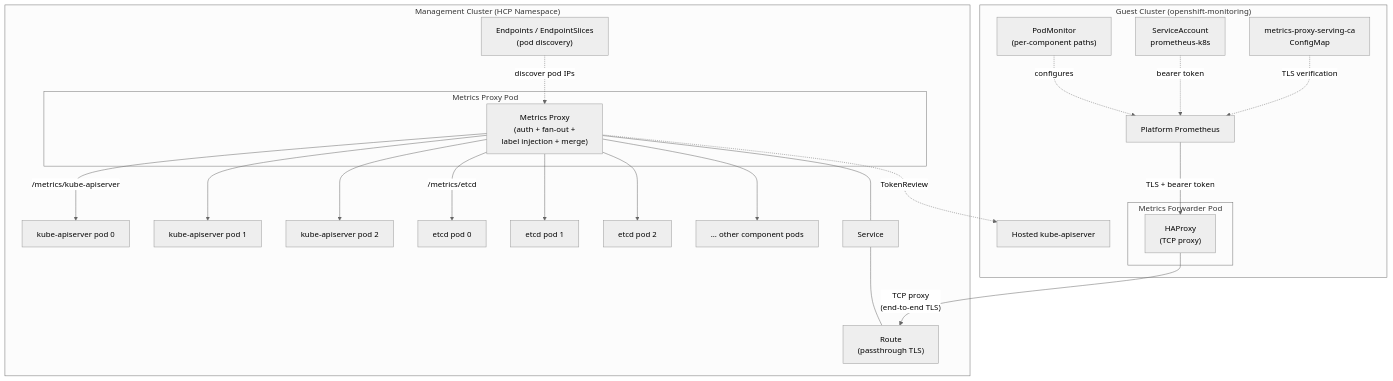
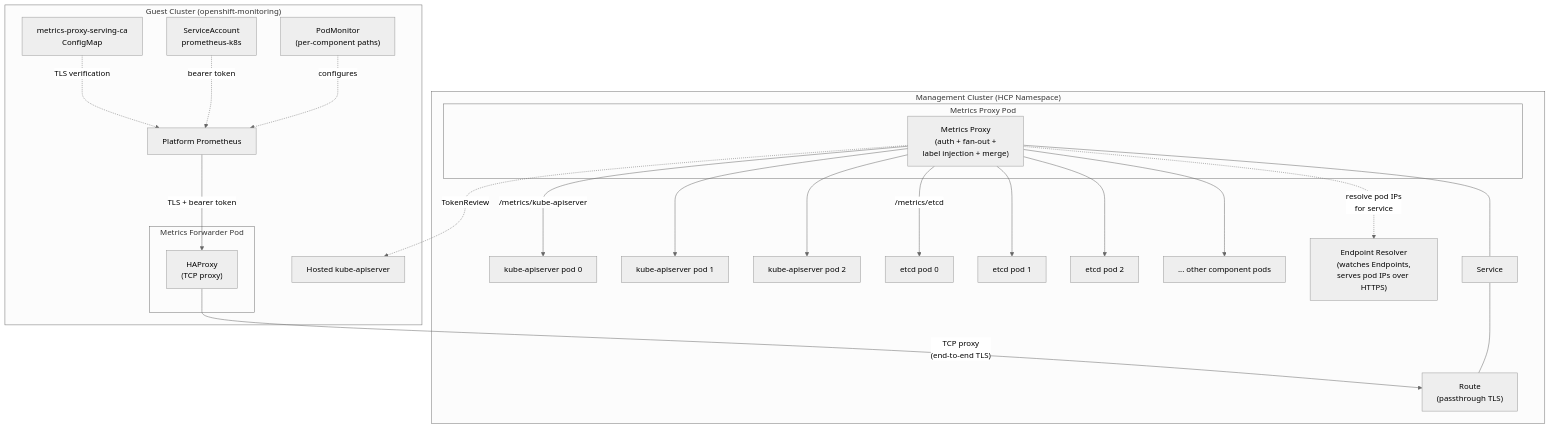
The diagram in enhancements/hypershift/hosted-control-plane-metrics-exposure.md (openshift/enhancements), drawn with Mermaid (neutral theme) before and after one commit. The commit also changed other lines of this file, not shown here.

First line of the commit message:
Add endpoint resolver to decouple metrics proxy from management cluster RBAC

````diff
--- a/enhancements/hypershift/hosted-control-plane-metrics-exposure.md
+++ b/enhancements/hypershift/hosted-control-plane-metrics-exposure.md
@@ -141,53 +161,53 @@
 ```mermaid
 graph TD
     subgraph mc["Management Cluster (HCP Namespace)"]
         kas0["kube-apiserver pod 0"]
         kas1["kube-apiserver pod 1"]
         kas2["kube-apiserver pod 2"]
         etcd0["etcd pod 0"]
         etcd1["etcd pod 1"]
         etcd2["etcd pod 2"]
         others["... other component pods"]
 
         subgraph proxypod["Metrics Proxy Pod"]
             proxy["Metrics Proxy<br/>(auth + fan-out +<br/>label injection + merge)"]
         end
 
         proxy -- "/metrics/kube-apiserver" --> kas0
         proxy --> kas1
         proxy --> kas2
         proxy -- "/metrics/etcd" --> etcd0
         proxy --> etcd1
         proxy --> etcd2
         proxy --> others
 
-        ep["Endpoints / EndpointSlices<br/>(pod discovery)"]
-        ep -. "discover pod IPs" .-> proxy
+        resolver["Endpoint Resolver<br/>(watches Endpoints,<br/>serves pod IPs over HTTPS)"]
+        proxy -. "resolve pod IPs<br/>for service" .-> resolver
 
         svc["Service"]
         route["Route<br/>(passthrough TLS)"]
 
         proxy --- svc
         svc --- route
     end
 
     subgraph gc["Guest Cluster (openshift-monitoring)"]
         subgraph fwdpod["Metrics Forwarder Pod"]
             fwd["HAProxy<br/>(TCP proxy)"]
         end
 
         pm["PodMonitor<br/>(per-component paths)"]
         prom["Platform Prometheus"]
         sa["ServiceAccount<br/>prometheus-k8s"]
         hosted_kas["Hosted kube-apiserver"]
         ca["metrics-proxy-serving-ca<br/>ConfigMap"]
 
         pm -. "configures" .-> prom
         sa -. "bearer token" .-> prom
         ca -. "TLS verification" .-> prom
         prom -- "TLS + bearer token" --> fwd
     end
 
     fwd -- "TCP proxy<br/>(end-to-end TLS)" --> route
     proxy -. "TokenReview" .-> hosted_kas
 ```
````
